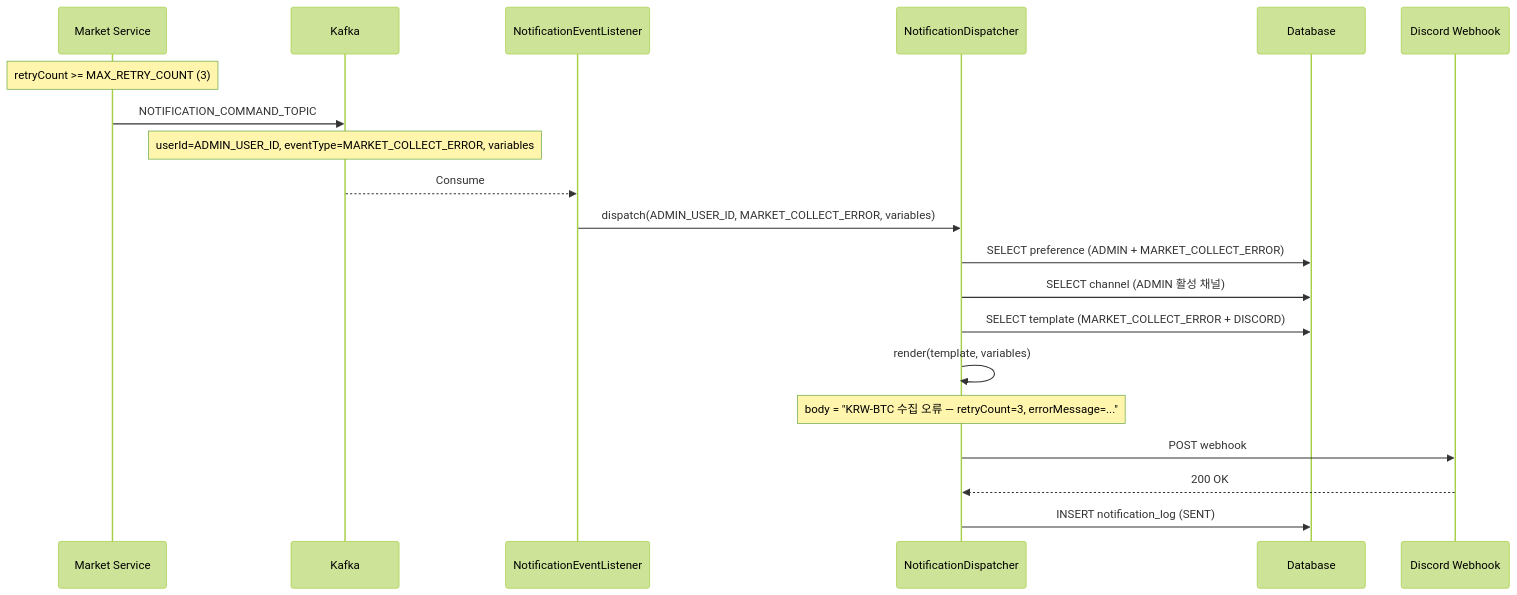
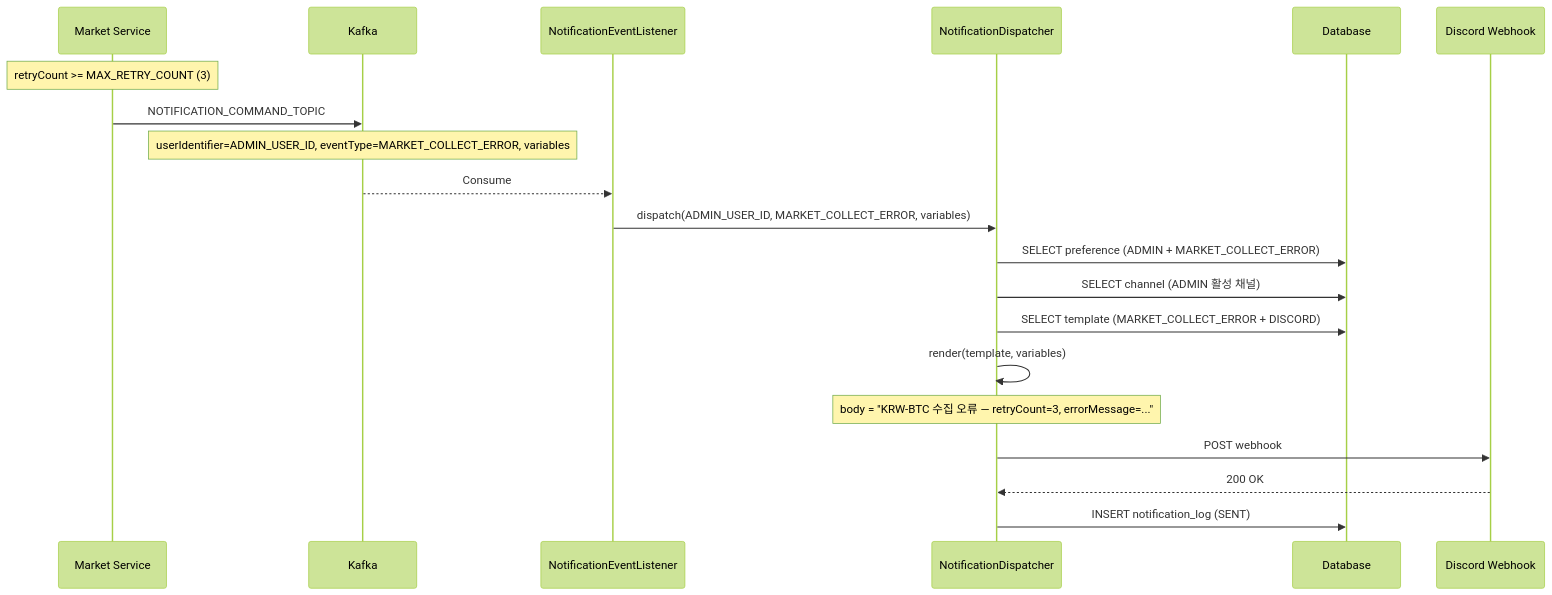
One commit to Trade-Pilot/.github changed the third of 9 diagrams in backend/notification/sequence-diagram.md. Above: the diagram before and after it, drawn with Mermaid (forest theme). The commit also changed other lines of this file and 17 other files, not shown here.

````diff
--- a/backend/notification/sequence-diagram.md
+++ b/backend/notification/sequence-diagram.md
@@ -91,27 +91,27 @@
 ```mermaid
 sequenceDiagram
     participant Market as Market Service
     participant Kafka as Kafka
     participant Listener as NotificationEventListener
     participant Dispatcher as NotificationDispatcher
     participant DB as Database
     participant Discord as Discord Webhook
 
     Note over Market: retryCount >= MAX_RETRY_COUNT (3)
     Market->>Kafka: NOTIFICATION_COMMAND_TOPIC
-    Note over Kafka: userId=ADMIN_USER_ID, eventType=MARKET_COLLECT_ERROR, variables
+    Note over Kafka: userIdentifier=ADMIN_USER_ID, eventType=MARKET_COLLECT_ERROR, variables
 
     Kafka-->>Listener: Consume
     Listener->>Dispatcher: dispatch(ADMIN_USER_ID, MARKET_COLLECT_ERROR, variables)
 
     Dispatcher->>DB: SELECT preference (ADMIN + MARKET_COLLECT_ERROR)
     Dispatcher->>DB: SELECT channel (ADMIN 활성 채널)
     Dispatcher->>DB: SELECT template (MARKET_COLLECT_ERROR + DISCORD)
 
     Dispatcher->>Dispatcher: render(template, variables)
     Note over Dispatcher: body = "KRW-BTC 수집 오류 — retryCount=3, errorMessage=..."
 
     Dispatcher->>Discord: POST webhook
     Discord-->>Dispatcher: 200 OK
     Dispatcher->>DB: INSERT notification_log (SENT)
 ```
````
